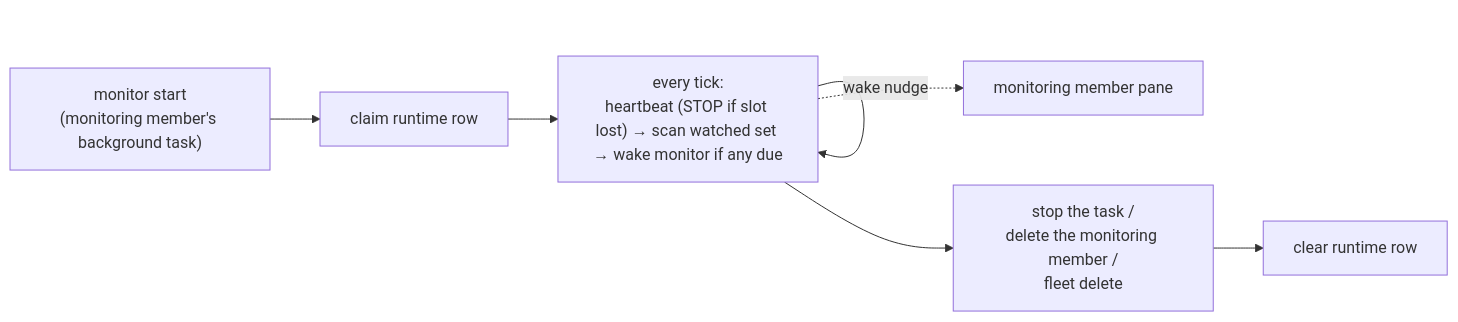
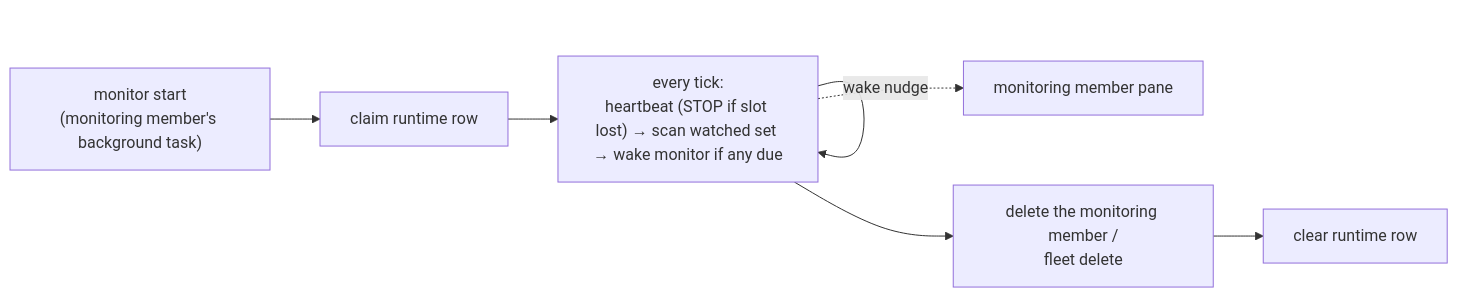
One commit to himkt/cafleet changed the diagram in docs/concepts/monitoring.md. Above: the diagram before and after it, drawn with Mermaid. The commit also changed other lines of this file and 17 other files, not shown here.

Commit message:
docs: member delete is the sole teardown primitive; the monitor loop dies with its pane

````diff
--- a/docs/concepts/monitoring.md
+++ b/docs/concepts/monitoring.md
@@ -124,10 +124,10 @@
 ```mermaid
 %%{init: {'theme': 'default', 'themeVariables': {'fontSize': '16px'}}}%%
 flowchart LR
     Start["monitor start<br/>(monitoring member's background task)"] --> Claim["claim runtime row"]
     Claim --> Tick["every tick:<br/>heartbeat (STOP if slot lost) → scan watched set → wake monitor if any due"]
     Tick --> Tick
-    Tick --> Stop["stop the task /<br/>delete the monitoring member /<br/>fleet delete"]
+    Tick --> Stop["delete the monitoring member /<br/>fleet delete"]
     Stop --> Clear["clear runtime row"]
     Tick -. wake nudge .-> PaneMon["monitoring member pane"]
 ```
````
